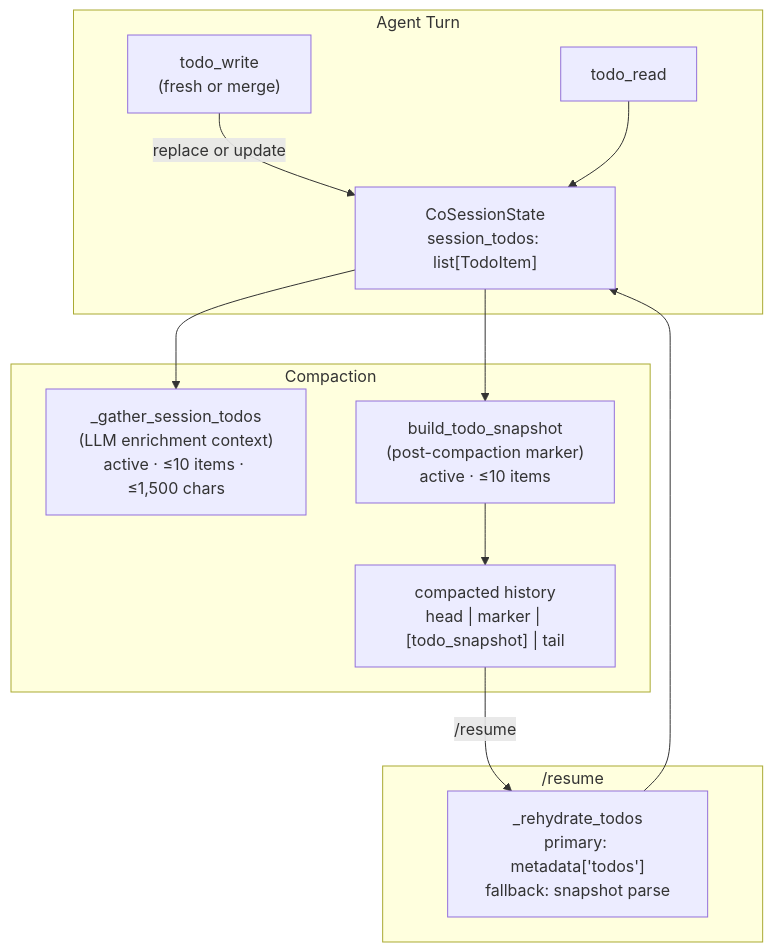
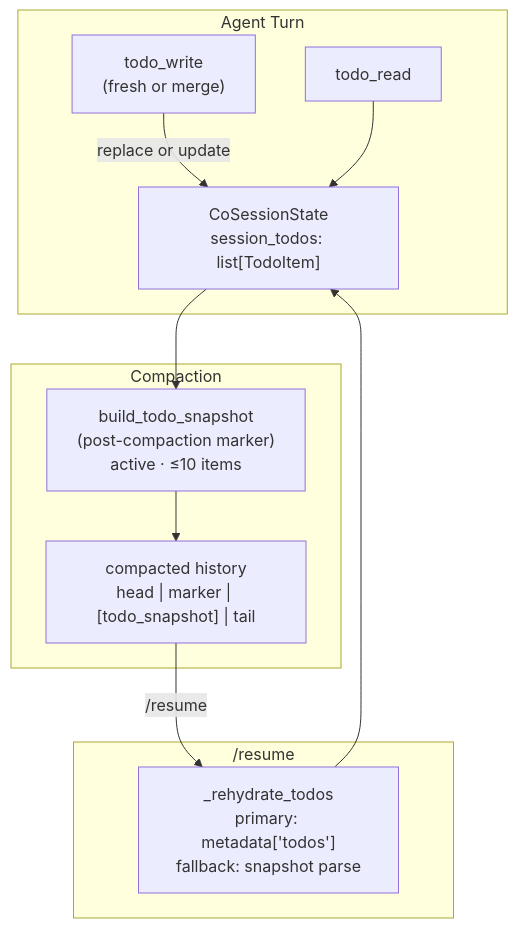
Before and after one commit to binlecode/co-cli: the diagram in docs/specs/self-planning.md, drawn with Mermaid. The commit also changed other lines of this file and 10 other files, not shown here.

````diff
--- a/docs/specs/self-planning.md
+++ b/docs/specs/self-planning.md
@@ -9,24 +9,22 @@
 ```mermaid
 flowchart TD
     subgraph Turn["Agent Turn"]
         WRITE["todo_write\n(fresh or merge)"]
         READ["todo_read"]
         STATE["CoSessionState\nsession_todos: list[TodoItem]"]
     end
 
     subgraph Compaction["Compaction"]
-        ENRICH["_gather_session_todos\n(LLM enrichment context)\nactive · ≤10 items · ≤1,500 chars"]
         SNAPSHOT["build_todo_snapshot\n(post-compaction marker)\nactive · ≤10 items"]
         MARKER["compacted history\nhead | marker | [todo_snapshot] | tail"]
     end
 
     subgraph Resume["/resume"]
         REHYDRATE["_rehydrate_todos\nprimary: metadata['todos']\nfallback: snapshot parse"]
     end
 
     WRITE -->|"replace or update"| STATE
     READ --> STATE
-    STATE --> ENRICH
     STATE --> SNAPSHOT --> MARKER
     MARKER -->|"/resume"| REHYDRATE --> STATE
 ```
````
